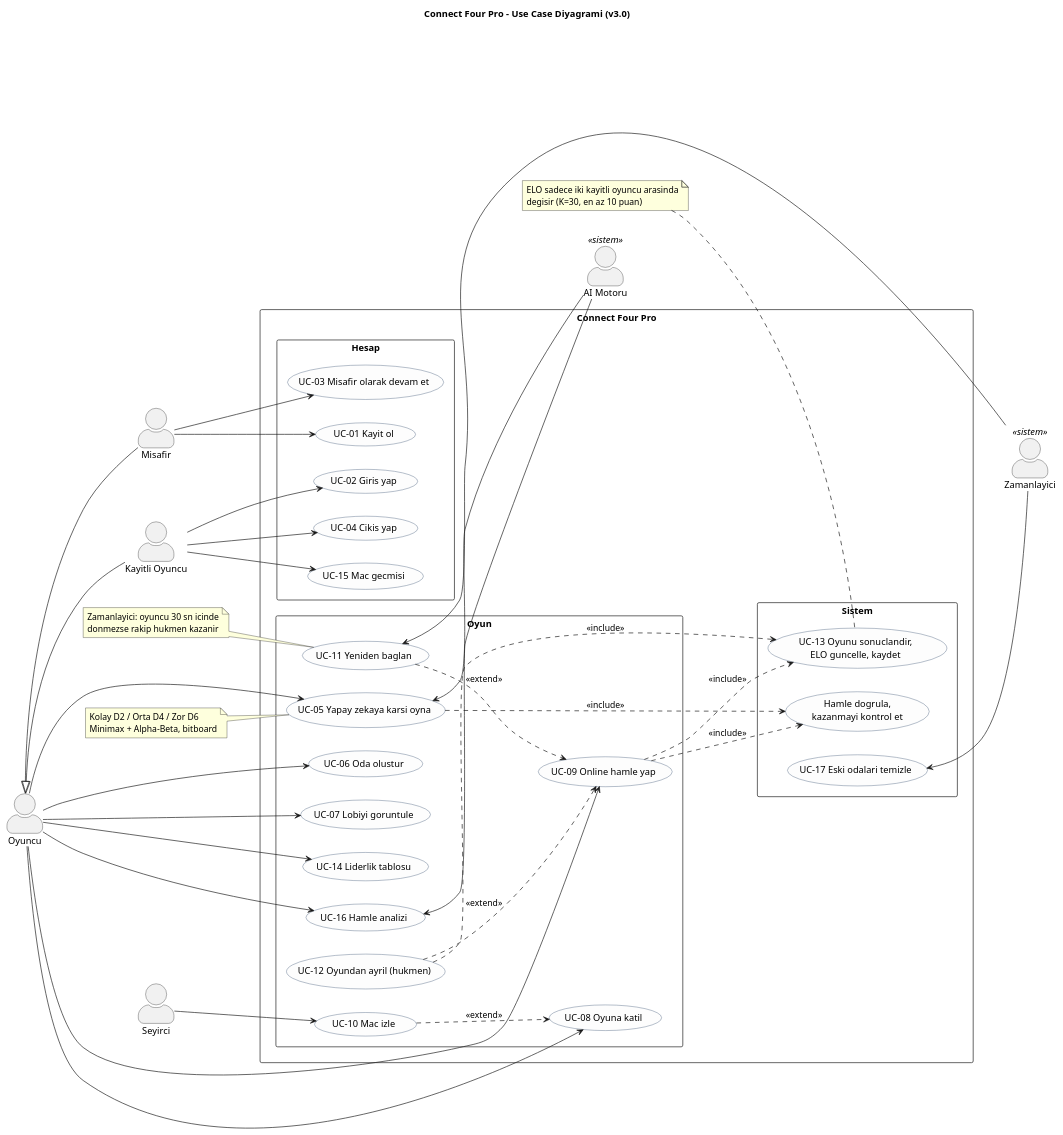
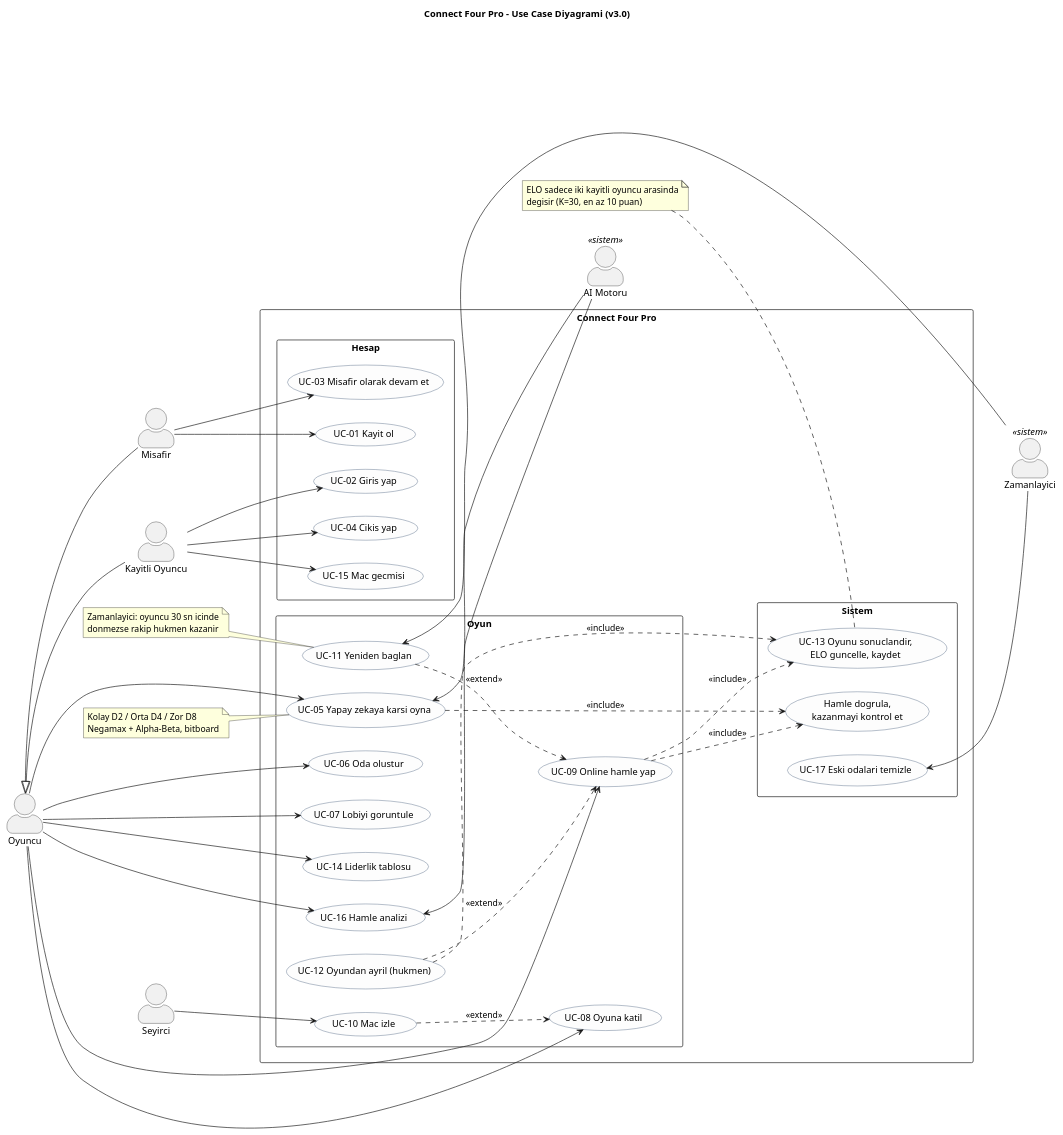
One commit to erenyildiz23/ConnectFourPro changed the diagram in docs/diagrams/use_case_diagram.puml. Above: the diagram before and after it, drawn with PlantUML. The commit also changed 4 other files, not shown here.

```diff
--- a/docs/diagrams/use_case_diagram.puml
+++ b/docs/diagrams/use_case_diagram.puml
@@ -1,91 +1,91 @@
 @startuml use_case_diagram
 ' Connect Four Pro v3.0 - Use Case Diyagrami
 ' Ayrintilar: docs/USE_CASES.md
 ' Cizim: java -jar plantuml.jar -tpng use_case_diagram.puml  (Graphviz gerekir)
 
 title Connect Four Pro - Use Case Diyagrami (v3.0)
 
 left to right direction
 skinparam packageStyle rectangle
 skinparam actorStyle awesome
 skinparam shadowing false
 skinparam usecase {
   BackgroundColor #FDFDFD
   BorderColor #1F3A5F
 }
 
 actor "Misafir" as guest
 actor "Kayitli Oyuncu" as registered
 actor "Oyuncu" as player
 actor "Seyirci" as spectator
 
 actor "AI Motoru" as ai <<sistem>>
 actor "Zamanlayici" as timer <<sistem>>
 
 player <|-- guest
 player <|-- registered
 
 rectangle "Connect Four Pro" {
   package "Hesap" {
     usecase "UC-01 Kayit ol" as UC01
     usecase "UC-02 Giris yap" as UC02
     usecase "UC-03 Misafir olarak devam et" as UC03
     usecase "UC-04 Cikis yap" as UC04
     usecase "UC-15 Mac gecmisi" as UC15
   }
 
   package "Oyun" {
     usecase "UC-05 Yapay zekaya karsi oyna" as UC05
     usecase "UC-06 Oda olustur" as UC06
     usecase "UC-07 Lobiyi goruntule" as UC07
     usecase "UC-08 Oyuna katil" as UC08
     usecase "UC-09 Online hamle yap" as UC09
     usecase "UC-10 Mac izle" as UC10
     usecase "UC-11 Yeniden baglan" as UC11
     usecase "UC-12 Oyundan ayril (hukmen)" as UC12
     usecase "UC-14 Liderlik tablosu" as UC14
     usecase "UC-16 Hamle analizi" as UC16
   }
 
   package "Sistem" {
     usecase "Hamle dogrula,\nkazanmayi kontrol et" as VALIDATE
     usecase "UC-13 Oyunu sonuclandir,\nELO guncelle, kaydet" as UC13
     usecase "UC-17 Eski odalari temizle" as UC17
   }
 }
 
 guest --> UC01
 guest --> UC03
 registered --> UC02
 registered --> UC04
 registered --> UC15
 
 player --> UC05
 player --> UC06
 player --> UC07
 player --> UC08
 player --> UC09
 player --> UC14
 player --> UC16
 spectator --> UC10
 
 UC05 ..> VALIDATE : <<include>>
 UC09 ..> VALIDATE : <<include>>
 UC09 ..> UC13 : <<include>>
 UC12 ..> UC13 : <<include>>
 UC10 ..> UC08 : <<extend>>
 UC11 ..> UC09 : <<extend>>
 UC12 ..> UC09 : <<extend>>
 
 UC05 <-- ai
 UC16 <-- ai
 UC11 <-- timer
 UC17 <-- timer
 
-note "Kolay D2 / Orta D4 / Zor D6\nMinimax + Alpha-Beta, bitboard" as N1
+note "Kolay D2 / Orta D4 / Zor D8\nNegamax + Alpha-Beta, bitboard" as N1
 N1 .. UC05
 note "Zamanlayici: oyuncu 30 sn icinde\ndonmezse rakip hukmen kazanir" as N2
 N2 .. UC11
 note "ELO sadece iki kayitli oyuncu arasinda\ndegisir (K=30, en az 10 puan)" as N3
 N3 .. UC13
 @enduml
```
